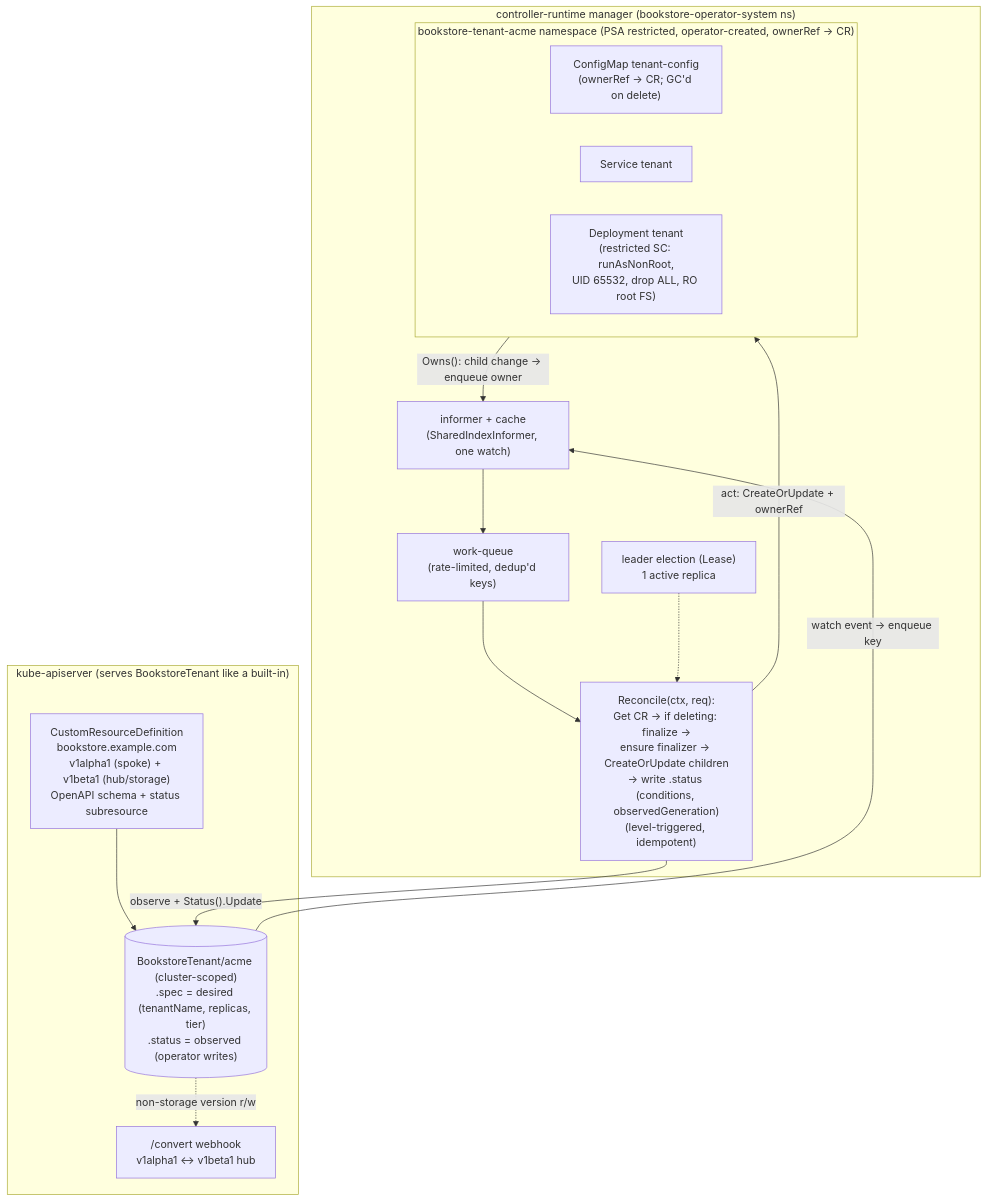
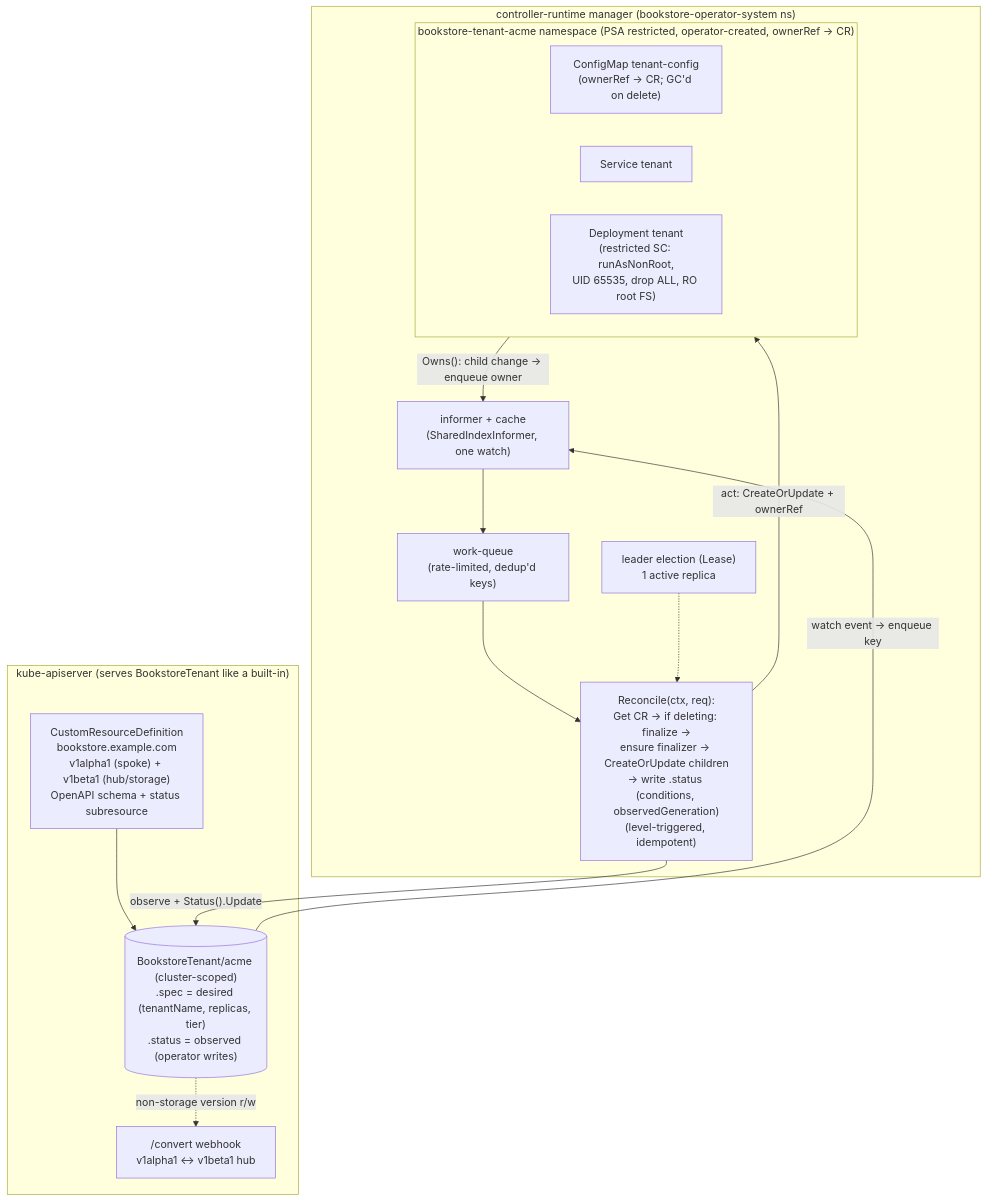
The diagram in full-guide/11-advanced-production-patterns/02-operator-development.md (abd-ulbasit/bookstore-kubernetes-guide), drawn with Mermaid before and after one commit. The commit also changed other lines of this file and 16 other files, not shown here.

````diff
--- a/full-guide/11-advanced-production-patterns/02-operator-development.md
+++ b/full-guide/11-advanced-production-patterns/02-operator-development.md
@@ -130,29 +141,29 @@
 ```mermaid
 flowchart TB
     subgraph api["kube-apiserver (serves BookstoreTenant like a built-in)"]
       crd["CustomResourceDefinition<br/>bookstore.example.com<br/>v1alpha1 (spoke) + v1beta1 (hub/storage)<br/>OpenAPI schema + status subresource"]
       cr[("BookstoreTenant/acme (cluster-scoped)<br/>.spec = desired (tenantName, replicas, tier)<br/>.status = observed (operator writes)")]
       conv["/convert webhook<br/>v1alpha1 &lt;-&gt; v1beta1 hub"]
       crd --> cr
       cr -. non-storage version r/w .-> conv
     end
 
     subgraph mgr["controller-runtime manager (bookstore-operator-system ns)"]
       inf["informer + cache<br/>(SharedIndexInformer, one watch)"]
       wq["work-queue<br/>(rate-limited, dedup'd keys)"]
       rec["Reconcile(ctx, req):<br/>Get CR -> if deleting: finalize -><br/>ensure finalizer -> CreateOrUpdate children<br/>-> write .status (conditions, observedGeneration)<br/>(level-triggered, idempotent)"]
       le["leader election (Lease)<br/>1 active replica"]
       inf --> wq --> rec
       rec -->|"act: CreateOrUpdate + ownerRef"| world
       rec -->|"observe + Status().Update"| cr
       cr -->|"watch event -> enqueue key"| inf
       world -->|"Owns(): child change -> enqueue owner"| inf
       le -.-> rec
     end
 
     subgraph world["bookstore-tenant-acme namespace (PSA restricted, operator-created, ownerRef -> CR)"]
       cm["ConfigMap tenant-config<br/>(ownerRef -> CR; GC'd on delete)"]
       svc["Service tenant"]
-      dep["Deployment tenant<br/>(restricted SC: runAsNonRoot,<br/>UID 65532, drop ALL, RO root FS)"]
+      dep["Deployment tenant<br/>(restricted SC: runAsNonRoot,<br/>UID 65535, drop ALL, RO root FS)"]
     end
 ```
````
